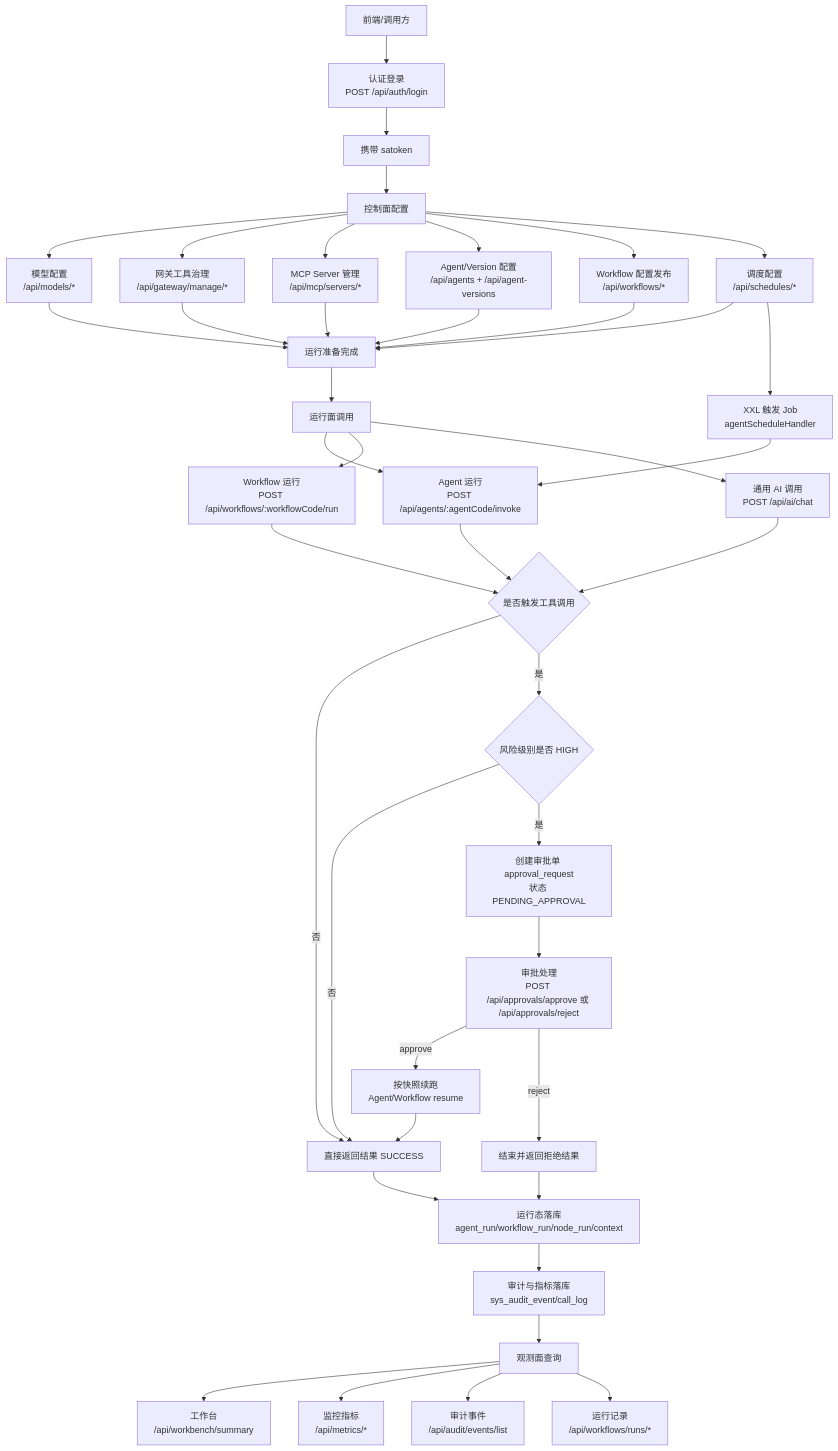
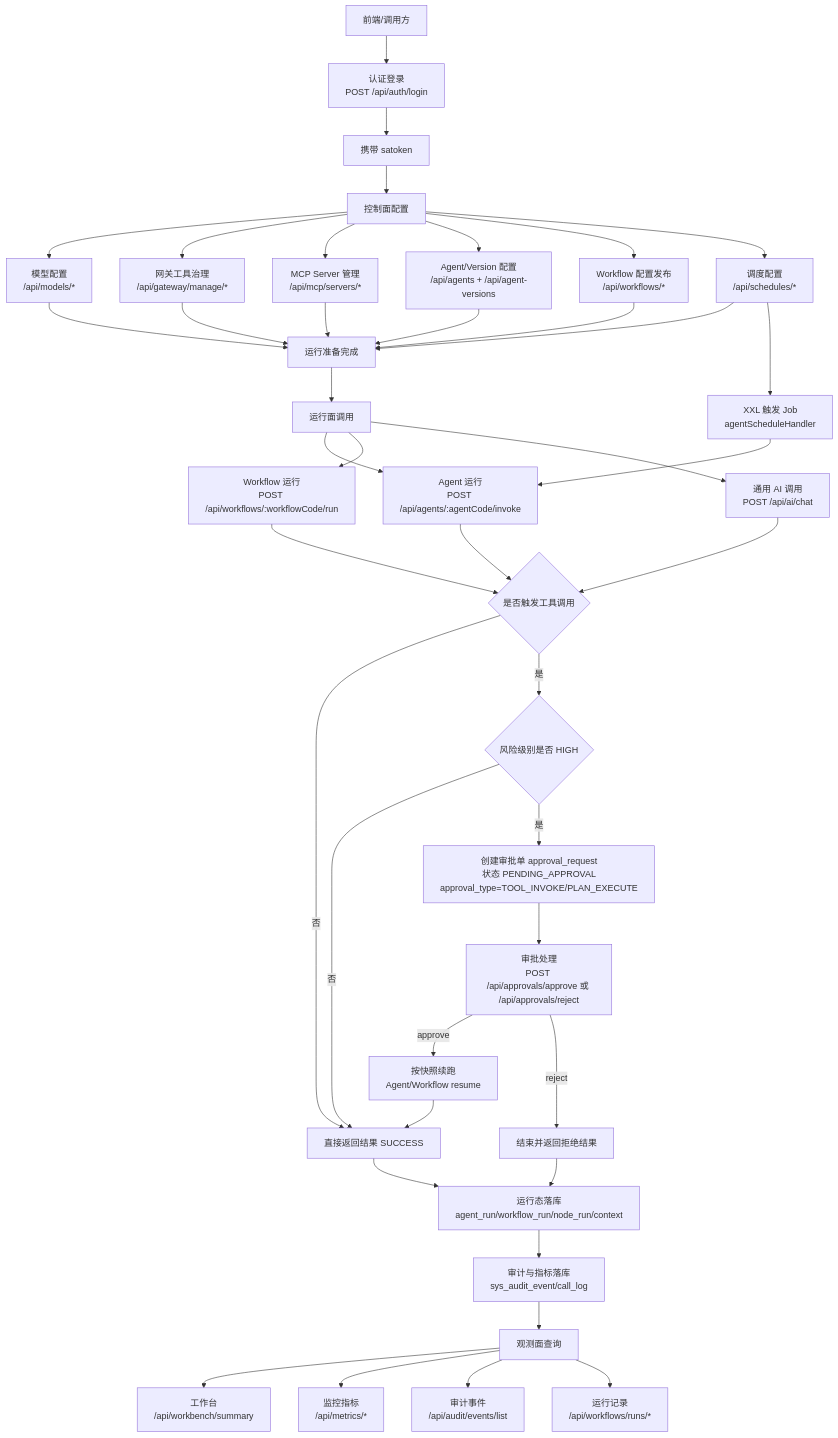
One commit to small-xiexu/ai-mcp-knowledge-study changed the seventh of 12 diagrams in .codex/项目从0到1掌握与企业落地手册（支付卡券后端视角）.md. Above: the diagram before and after it, drawn with Mermaid. The commit also changed other lines of this file and 118 other files, not shown here.

````diff
--- a/.codex/项目从0到1掌握与企业落地手册（支付卡券后端视角）.md
+++ b/.codex/项目从0到1掌握与企业落地手册（支付卡券后端视角）.md
@@ -497,52 +505,52 @@
 ```mermaid
 flowchart TD
     U[前端/调用方] --> L[认证登录<br/>POST /api/auth/login]
     L --> T[携带 satoken]
 
     T --> C1[控制面配置]
     C1 --> M[模型配置<br/>/api/models/*]
     C1 --> G[网关工具治理<br/>/api/gateway/manage/*]
     C1 --> S[MCP Server 管理<br/>/api/mcp/servers/*]
     C1 --> A[Agent/Version 配置<br/>/api/agents + /api/agent-versions]
     C1 --> W[Workflow 配置发布<br/>/api/workflows/*]
     C1 --> J[调度配置<br/>/api/schedules/*]
 
     M --> R0[运行准备完成]
     G --> R0
     S --> R0
     A --> R0
     W --> R0
     J --> R0
 
     R0 --> R1[运行面调用]
     R1 --> AR[Agent 运行<br/>POST /api/agents/:agentCode/invoke]
     R1 --> WR[Workflow 运行<br/>POST /api/workflows/:workflowCode/run]
     R1 --> AI[通用 AI 调用<br/>POST /api/ai/chat]
 
     AR --> TOOL{是否触发工具调用}
     WR --> TOOL
     AI --> TOOL
 
     TOOL -->|否| OK[直接返回结果 SUCCESS]
     TOOL -->|是| RISK{风险级别是否 HIGH}
     RISK -->|否| OK
-    RISK -->|是| AP0[创建审批单 approval_request<br/>状态 PENDING_APPROVAL]
+    RISK -->|是| AP0[创建审批单 approval_request<br/>状态 PENDING_APPROVAL<br/>approval_type=TOOL_INVOKE/PLAN_EXECUTE]
 
     AP0 --> AP1[审批处理<br/>POST /api/approvals/approve 或 /api/approvals/reject]
     AP1 -->|approve| RS[按快照续跑<br/>Agent/Workflow resume]
     AP1 -->|reject| RJ[结束并返回拒绝结果]
     RS --> OK
 
     J --> XXL[XXL 触发 Job<br/>agentScheduleHandler]
     XXL --> AR
 
     OK --> O1[运行态落库<br/>agent_run/workflow_run/node_run/context]
     RJ --> O1
     O1 --> O2[审计与指标落库<br/>sys_audit_event/call_log]
 
     O2 --> V[观测面查询]
     V --> WB[工作台<br/>/api/workbench/summary]
     V --> MT[监控指标<br/>/api/metrics/*]
     V --> AE[审计事件<br/>/api/audit/events/list]
     V --> RR[运行记录<br/>/api/workflows/runs/*]
 ```
````
